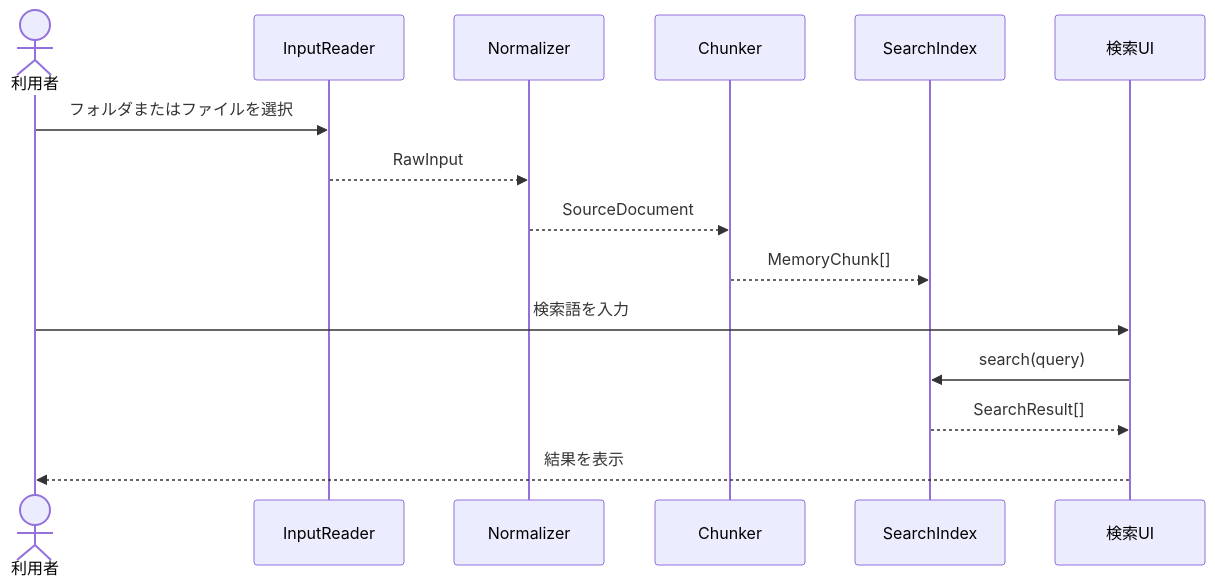
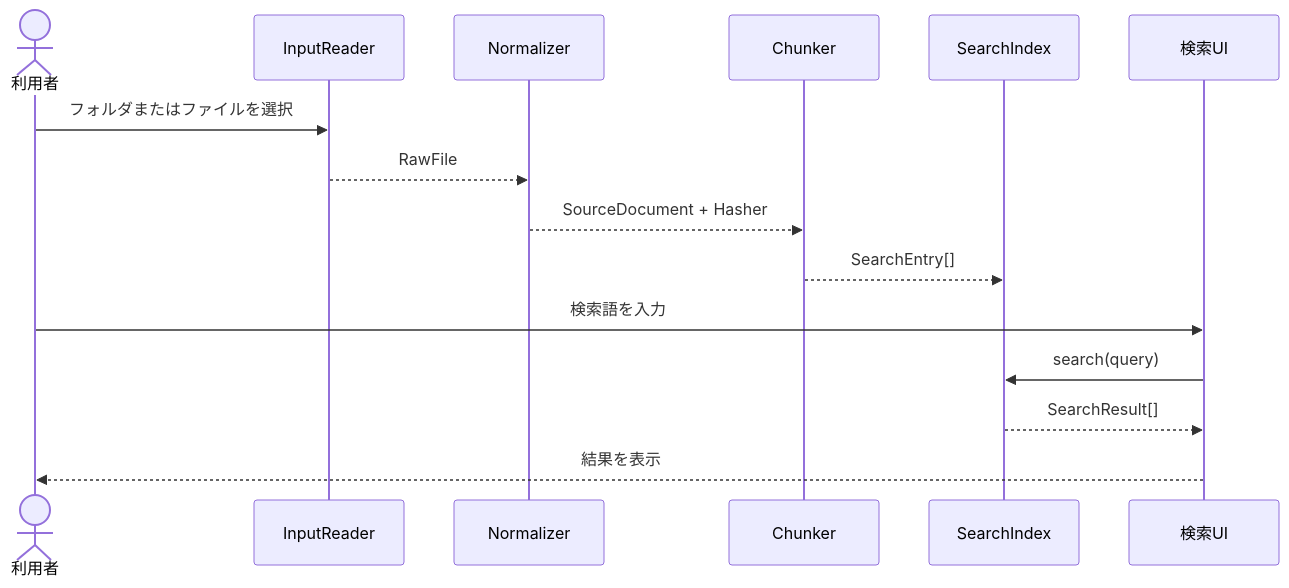
Before and after one commit to xzyozi/Mnemo_Local: the diagram in docs/design/APP-DD-001_Local-Semantic-Memory.md, drawn with Mermaid. The commit also changed other lines of this file, not shown here.

````diff
--- a/docs/design/APP-DD-001_Local-Semantic-Memory.md
+++ b/docs/design/APP-DD-001_Local-Semantic-Memory.md
@@ -172,18 +179,18 @@
 ```mermaid
 sequenceDiagram
     actor User as 利用者
     participant Reader as InputReader
     participant Normalizer
     participant Chunker
     participant Index as SearchIndex
     participant UI as 検索UI
 
     User->>Reader: フォルダまたはファイルを選択
-    Reader-->>Normalizer: RawInput
-    Normalizer-->>Chunker: SourceDocument
-    Chunker-->>Index: MemoryChunk[]
+    Reader-->>Normalizer: RawFile
+    Normalizer-->>Chunker: SourceDocument + Hasher
+    Chunker-->>Index: SearchEntry[]
     User->>UI: 検索語を入力
     UI->>Index: search(query)
     Index-->>UI: SearchResult[]
     UI-->>User: 結果を表示
 ```
````
